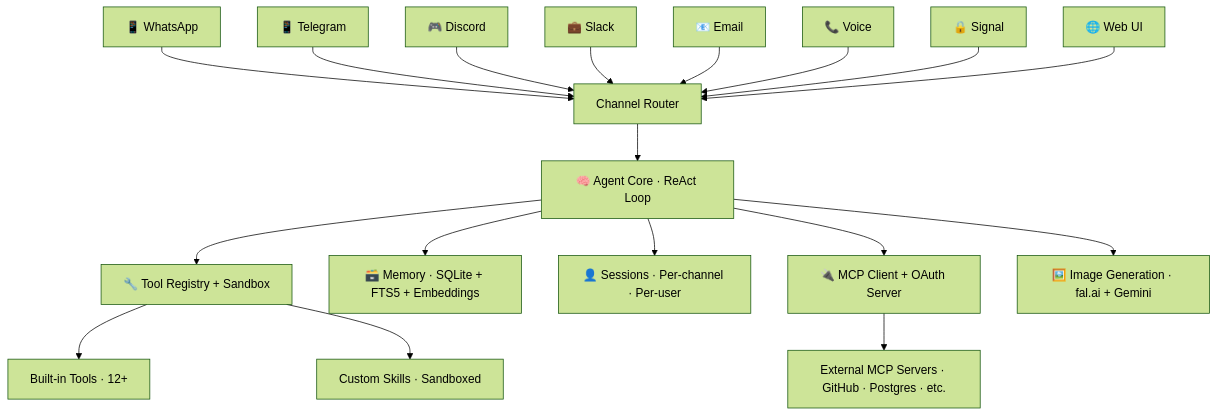
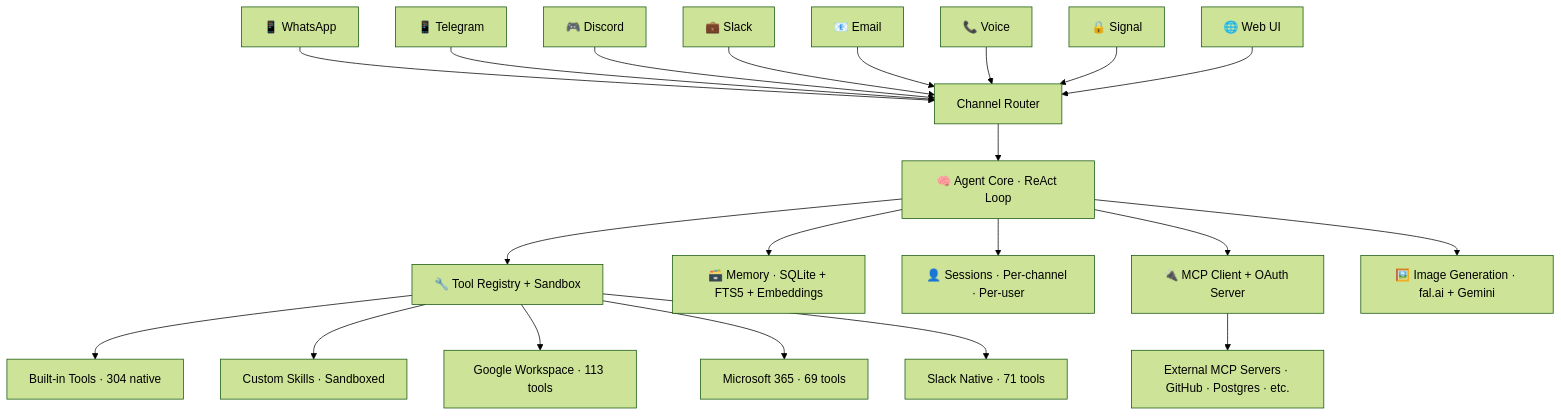
One commit to pincerhq/pincer changed the diagram in README.md. Above: the diagram before and after it, drawn with Mermaid (forest theme). The commit also changed other lines of this file and 6 other files, not shown here.

````diff
--- a/README.md
+++ b/README.md
@@ -479,23 +487,26 @@
 ```mermaid
 graph TD
     WA[📱 WhatsApp] --> CR[Channel Router]
     TG[📱 Telegram] --> CR
     DC[🎮 Discord] --> CR
     SL[💼 Slack] --> CR
     EM[📧 Email] --> CR
     VC[📞 Voice] --> CR
     SG[🔒 Signal] --> CR
     WB[🌐 Web UI] --> CR
 
     CR --> AC[🧠 Agent Core · ReAct Loop]
 
     AC --> TR[🔧 Tool Registry + Sandbox]
     AC --> MM[🗃️ Memory · SQLite + FTS5 + Embeddings]
     AC --> SS[👤 Sessions · Per-channel · Per-user]
     AC --> MCP[🔌 MCP Client + OAuth Server]
     AC --> IMG[🖼️ Image Generation · fal.ai + Gemini]
 
-    TR --> BT[Built-in Tools · 12+]
+    TR --> BT[Built-in Tools · 304 native]
     TR --> SK[Custom Skills · Sandboxed]
+    TR --> GW[Google Workspace · 113 tools]
+    TR --> MS[Microsoft 365 · 69 tools]
+    TR --> SLK[Slack Native · 71 tools]
     MCP --> EXT[External MCP Servers · GitHub · Postgres · etc.]
 ```
````
